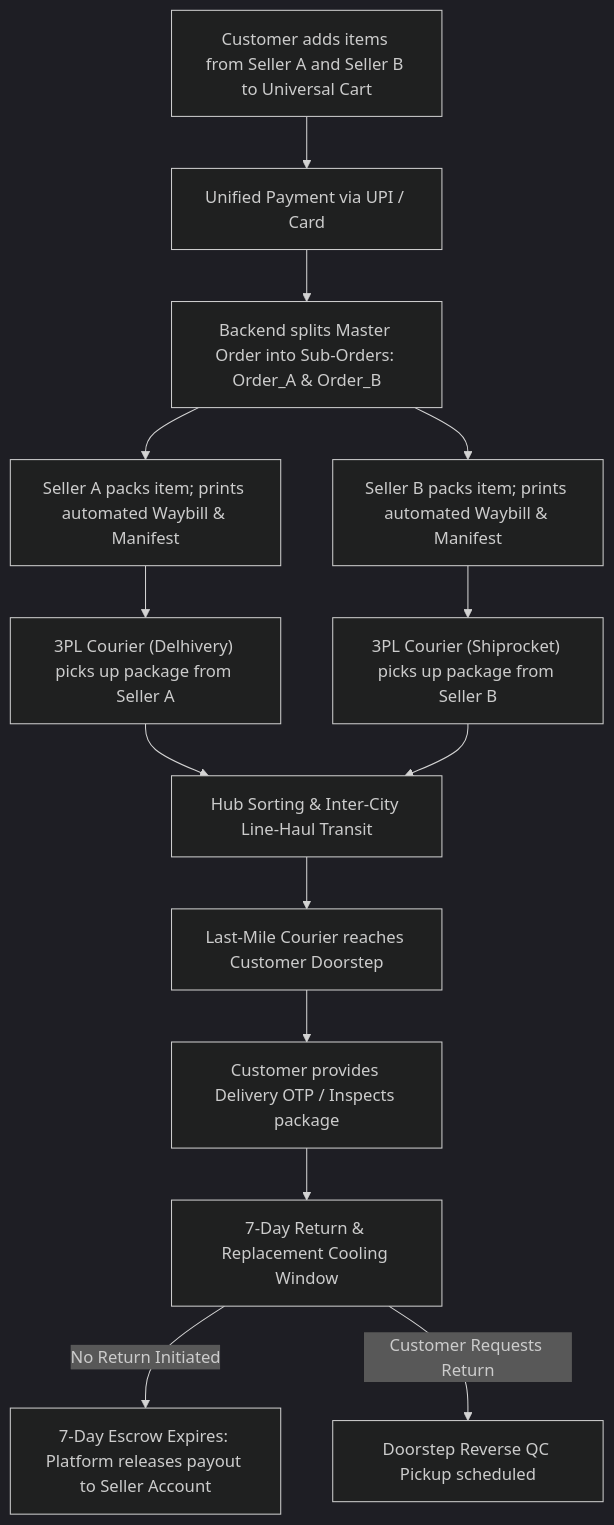
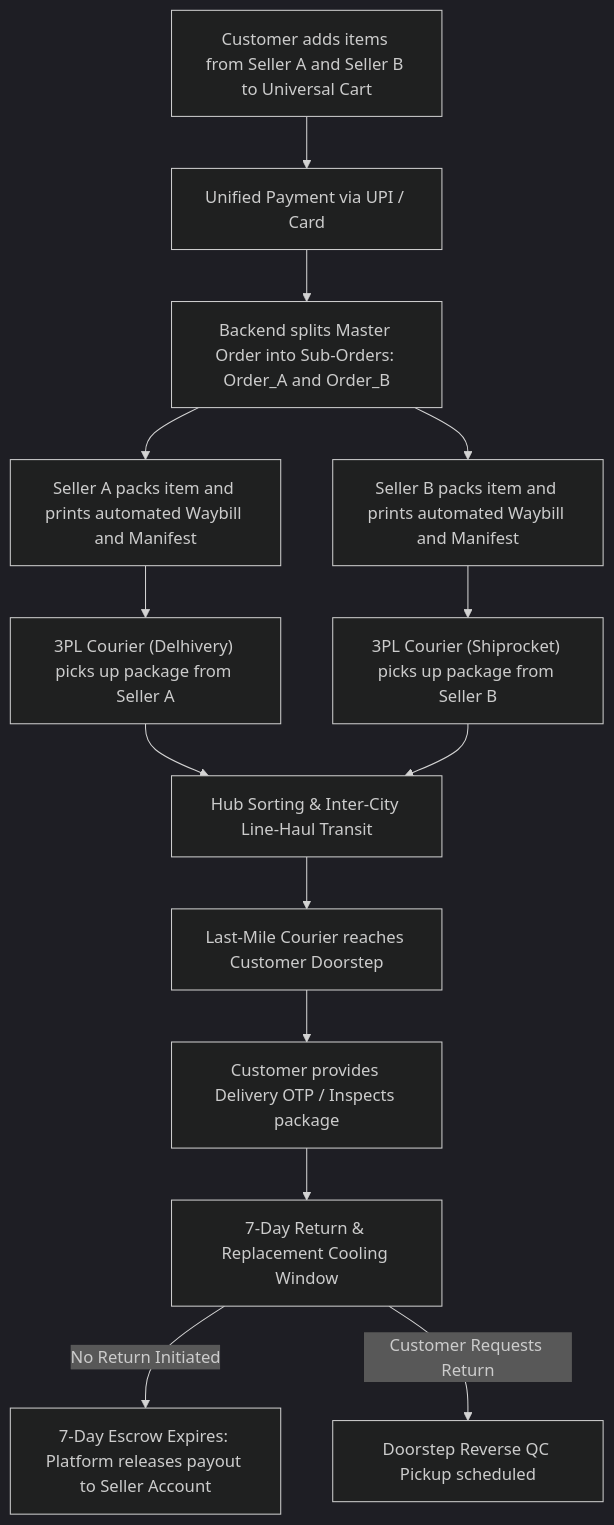
Before and after one commit to programmerfiroz/all-in-one: the sixth of 12 diagrams in docs/06_visual_hierarchy_and_flows/high_level_visual_hierarchy.md, drawn with Mermaid (dark theme). The commit also changed other lines of this file, not shown here.

Commit message:
fix(visual): sanitize mermaid sequence diagrams by removing semicolons and illegal tokens for github renderer

````diff
--- a/docs/06_visual_hierarchy_and_flows/high_level_visual_hierarchy.md
+++ b/docs/06_visual_hierarchy_and_flows/high_level_visual_hierarchy.md
@@ -231,22 +231,22 @@
 ```mermaid
 flowchart TD
     Browse["Customer adds items from Seller A and Seller B to Universal Cart"] --> Checkout["Unified Payment via UPI / Card"]
-    Checkout --> Split["Backend splits Master Order into Sub-Orders: Order_A & Order_B"]
+    Checkout --> Split["Backend splits Master Order into Sub-Orders: Order_A and Order_B"]
     
-    Split --> PackA["Seller A packs item; prints automated Waybill & Manifest"]
-    Split --> PackB["Seller B packs item; prints automated Waybill & Manifest"]
+    Split --> PackA["Seller A packs item and prints automated Waybill and Manifest"]
+    Split --> PackB["Seller B packs item and prints automated Waybill and Manifest"]
     
     PackA --> Pickup3PL_A["3PL Courier (Delhivery) picks up package from Seller A"]
     PackB --> Pickup3PL_B["3PL Courier (Shiprocket) picks up package from Seller B"]
     
     Pickup3PL_A --> HubTransit["Hub Sorting & Inter-City Line-Haul Transit"]
     Pickup3PL_B --> HubTransit
     
     HubTransit --> Doorstep["Last-Mile Courier reaches Customer Doorstep"]
     Doorstep --> DeliveryScan["Customer provides Delivery OTP / Inspects package"]
     
     DeliveryScan --> ReturnWindow["7-Day Return & Replacement Cooling Window"]
     
     ReturnWindow -->|No Return Initiated| EscrowRelease["7-Day Escrow Expires: Platform releases payout to Seller Account"]
     ReturnWindow -->|Customer Requests Return| QC_Pickup["Doorstep Reverse QC Pickup scheduled"]
 ```
````
